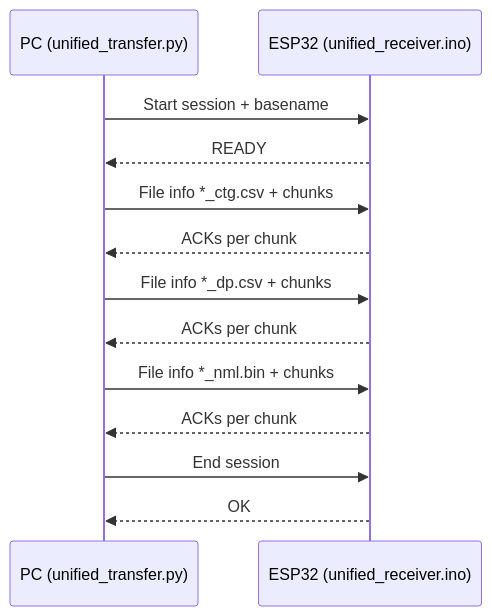
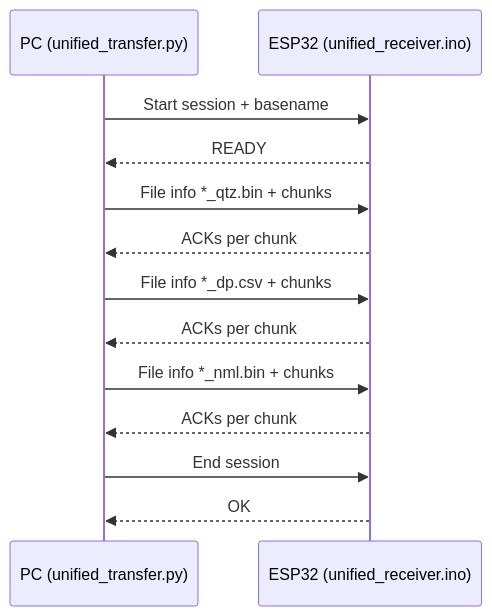
One commit to viettran-edgeAI/MCU changed the second of 3 diagrams in tools/data_quantization/README.md. Above: the diagram before and after it, drawn with Mermaid. The commit also changed other lines of this file and 113 other files, not shown here.

````diff
--- a/tools/data_quantization/README.md
+++ b/tools/data_quantization/README.md
@@ -445,15 +359,15 @@
 ```mermaid
 sequenceDiagram
   participant PC as PC (unified_transfer.py)
   participant ESP as ESP32 (unified_receiver.ino)
   PC->>ESP: Start session + basename
   ESP-->>PC: READY
-  PC->>ESP: File info *_ctg.csv + chunks
+  PC->>ESP: File info *_qtz.bin + chunks
   ESP-->>PC: ACKs per chunk
   PC->>ESP: File info *_dp.csv + chunks
   ESP-->>PC: ACKs per chunk
   PC->>ESP: File info *_nml.bin + chunks
   ESP-->>PC: ACKs per chunk
   PC->>ESP: End session
   ESP-->>PC: OK
 ```
````
